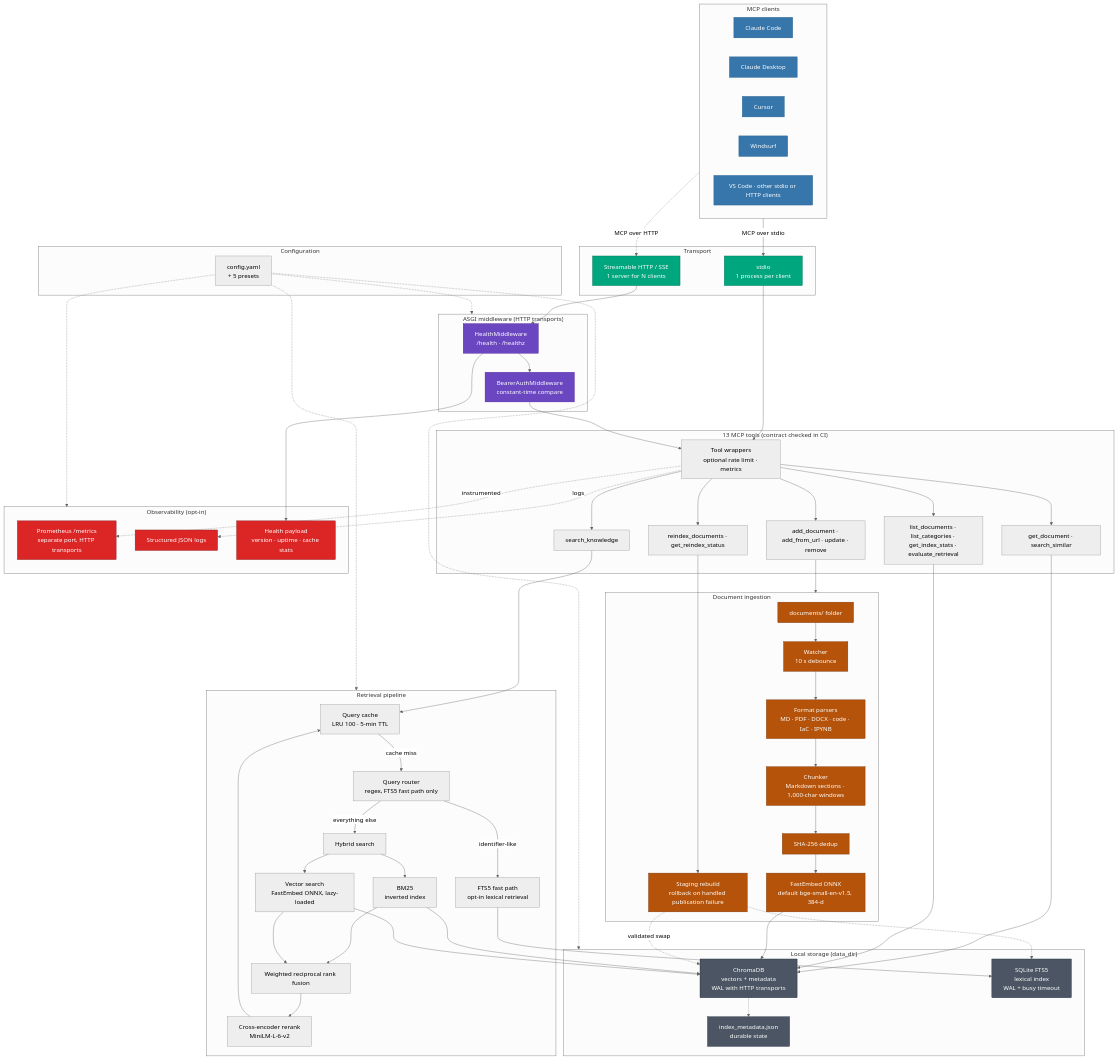
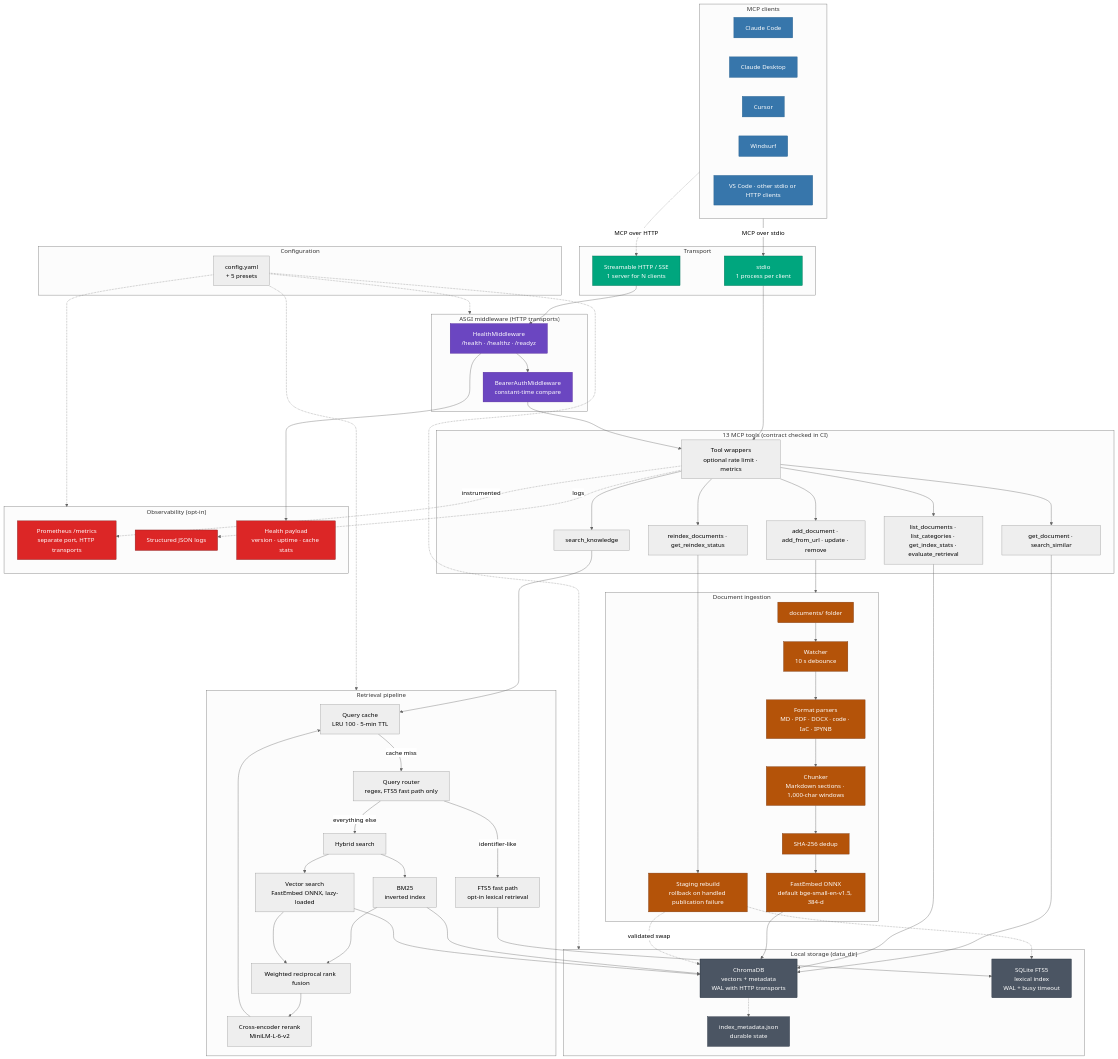
Before and after one commit to lyonzin/knowledge-rag: the diagram in README.md, drawn with Mermaid (neutral theme). The commit also changed other lines of this file and 52 other files, not shown here.

```diff
--- a/README.md
+++ b/README.md
@@ -107,7 +107,7 @@
     end
 
     subgraph MIDDLEWARE["ASGI middleware (HTTP transports)"]
-        M1[HealthMiddleware<br/>/health · /healthz]
+        M1[HealthMiddleware<br/>/health · /healthz · /readyz]
         M2[BearerAuthMiddleware<br/>constant-time compare]
     end
 
```
